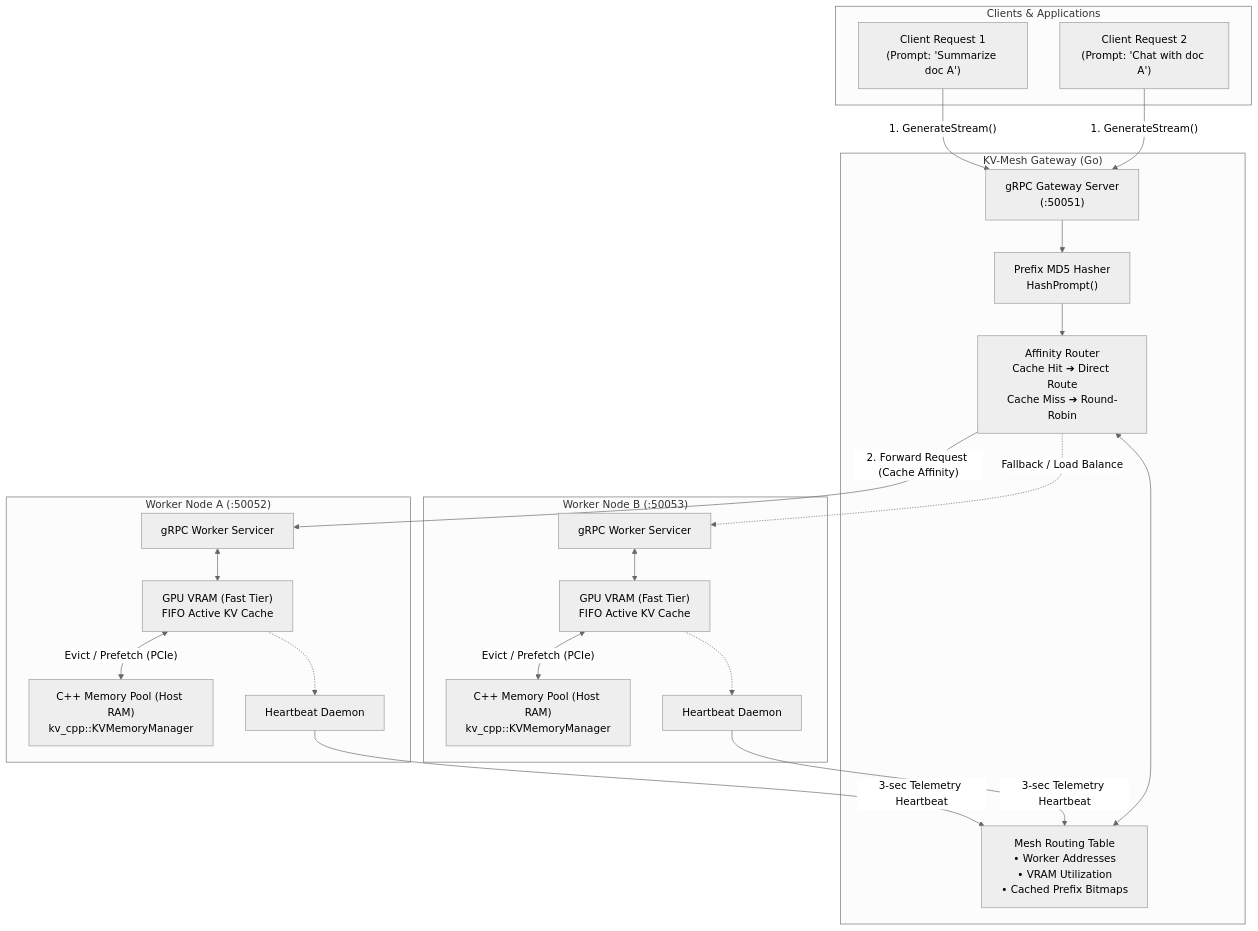
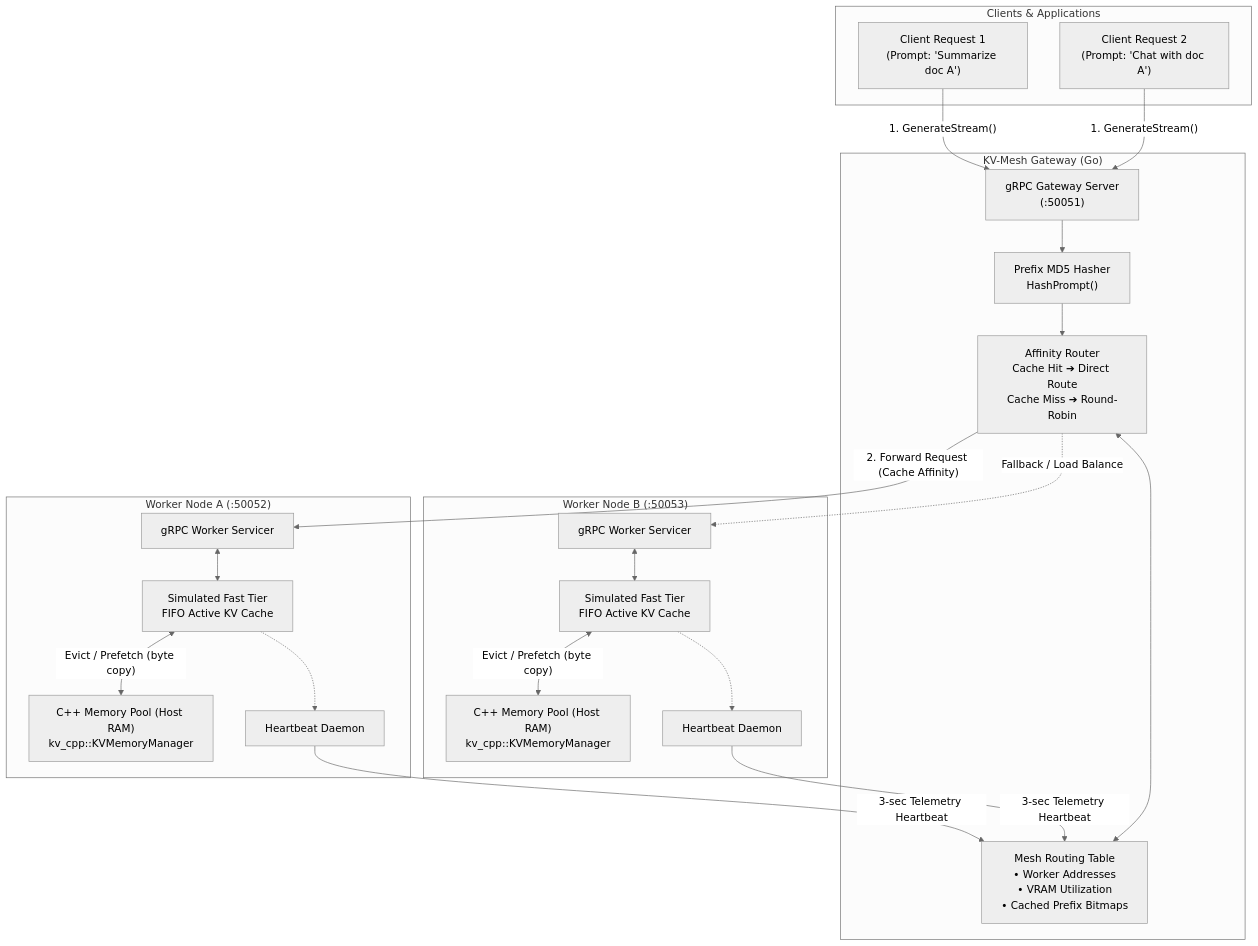
The first of 2 diagrams in README.md (AyaanShaheer/kv-mesh), drawn with Mermaid (neutral theme) before and after one commit. The commit also changed other lines of this file and 5058 other files, not shown here.

````diff
--- a/README.md
+++ b/README.md
@@ -45,49 +60,49 @@
 ```mermaid
 graph TB
     subgraph Clients["Clients & Applications"]
         C1["Client Request 1<br/>(Prompt: 'Summarize doc A')"]
         C2["Client Request 2<br/>(Prompt: 'Chat with doc A')"]
     end
 
     subgraph GatewayMesh["KV-Mesh Gateway (Go)"]
         GW["gRPC Gateway Server<br/>(:50051)"]
         Hasher["Prefix MD5 Hasher<br/>HashPrompt()"]
         RoutingTable["Mesh Routing Table<br/>• Worker Addresses<br/>• VRAM Utilization<br/>• Cached Prefix Bitmaps"]
         Balancer["Affinity Router<br/>Cache Hit ➔ Direct Route<br/>Cache Miss ➔ Round-Robin"]
         
         GW --> Hasher
         Hasher --> Balancer
         RoutingTable <--> Balancer
     end
 
     subgraph WorkerA["Worker Node A (:50052)"]
         WA_Serv["gRPC Worker Servicer"]
-        WA_VRAM["GPU VRAM (Fast Tier)<br/>FIFO Active KV Cache"]
+        WA_VRAM["Simulated Fast Tier<br/>FIFO Active KV Cache"]
         WA_CPP["C++ Memory Pool (Host RAM)<br/>kv_cpp::KVMemoryManager"]
         WA_HB["Heartbeat Daemon"]
 
         WA_Serv <--> WA_VRAM
-        WA_VRAM <-- "Evict / Prefetch (PCIe)" --> WA_CPP
+        WA_VRAM <-- "Evict / Prefetch (byte copy)" --> WA_CPP
         WA_VRAM -.-> WA_HB
     end
 
     subgraph WorkerB["Worker Node B (:50053)"]
         WB_Serv["gRPC Worker Servicer"]
-        WB_VRAM["GPU VRAM (Fast Tier)<br/>FIFO Active KV Cache"]
+        WB_VRAM["Simulated Fast Tier<br/>FIFO Active KV Cache"]
         WB_CPP["C++ Memory Pool (Host RAM)<br/>kv_cpp::KVMemoryManager"]
         WB_HB["Heartbeat Daemon"]
 
         WB_Serv <--> WB_VRAM
-        WB_VRAM <-- "Evict / Prefetch (PCIe)" --> WB_CPP
+        WB_VRAM <-- "Evict / Prefetch (byte copy)" --> WB_CPP
         WB_VRAM -.-> WB_HB
     end
 
     C1 -->|"1. GenerateStream()"| GW
     C2 -->|"1. GenerateStream()"| GW
 
     Balancer -->|"2. Forward Request (Cache Affinity)"| WA_Serv
     Balancer -.->|"Fallback / Load Balance"| WB_Serv
 
     WA_HB -->|"3-sec Telemetry Heartbeat"| RoutingTable
     WB_HB -->|"3-sec Telemetry Heartbeat"| RoutingTable
 ```
````
